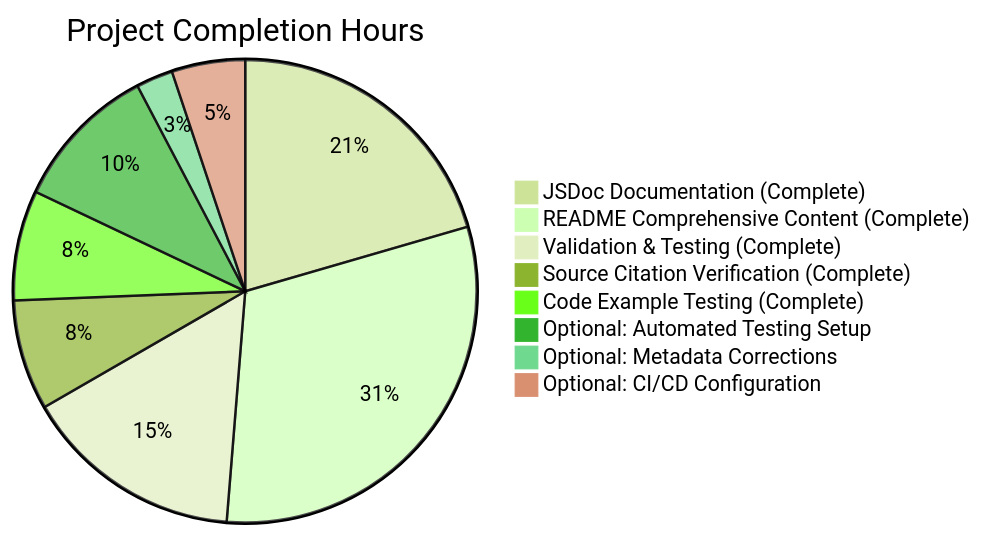
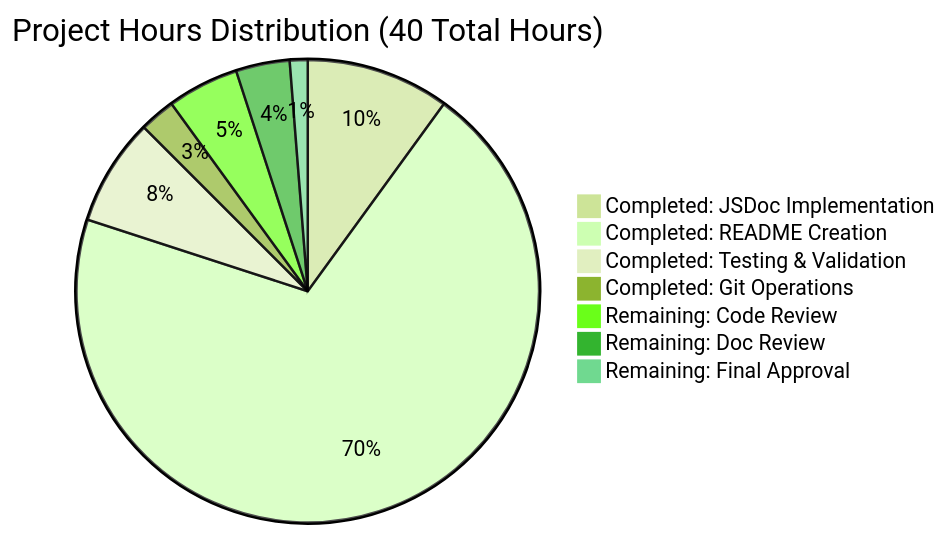
The diagram in blitzy/documentation/Project Guide.md (lakshya-blitzy/hello_world_Oct_2025), drawn with Mermaid (forest theme) before and after one commit. The commit also changed other lines of this file, not shown here.

Commit message:
Adding Blitzy Project Guide: Project Status and Human Tasks Remaining

````diff
--- a/blitzy/documentation/Project Guide.md
+++ b/blitzy/documentation/Project Guide.md
@@ -50,11 +63,10 @@
 ```mermaid
-pie title Project Completion Hours
-    "JSDoc Documentation (Complete)" : 8
-    "README Comprehensive Content (Complete)" : 12
-    "Validation & Testing (Complete)" : 6
-    "Source Citation Verification (Complete)" : 3
-    "Code Example Testing (Complete)" : 3
-    "Optional: Automated Testing Setup" : 4
-    "Optional: Metadata Corrections" : 1
-    "Optional: CI/CD Configuration" : 2
+pie title Project Hours Distribution (40 Total Hours)
+    "Completed: JSDoc Implementation" : 4
+    "Completed: README Creation" : 28
+    "Completed: Testing & Validation" : 3
+    "Completed: Git Operations" : 1
+    "Remaining: Code Review" : 2
+    "Remaining: Doc Review" : 1.5
+    "Remaining: Final Approval" : 0.5
 ```
````
